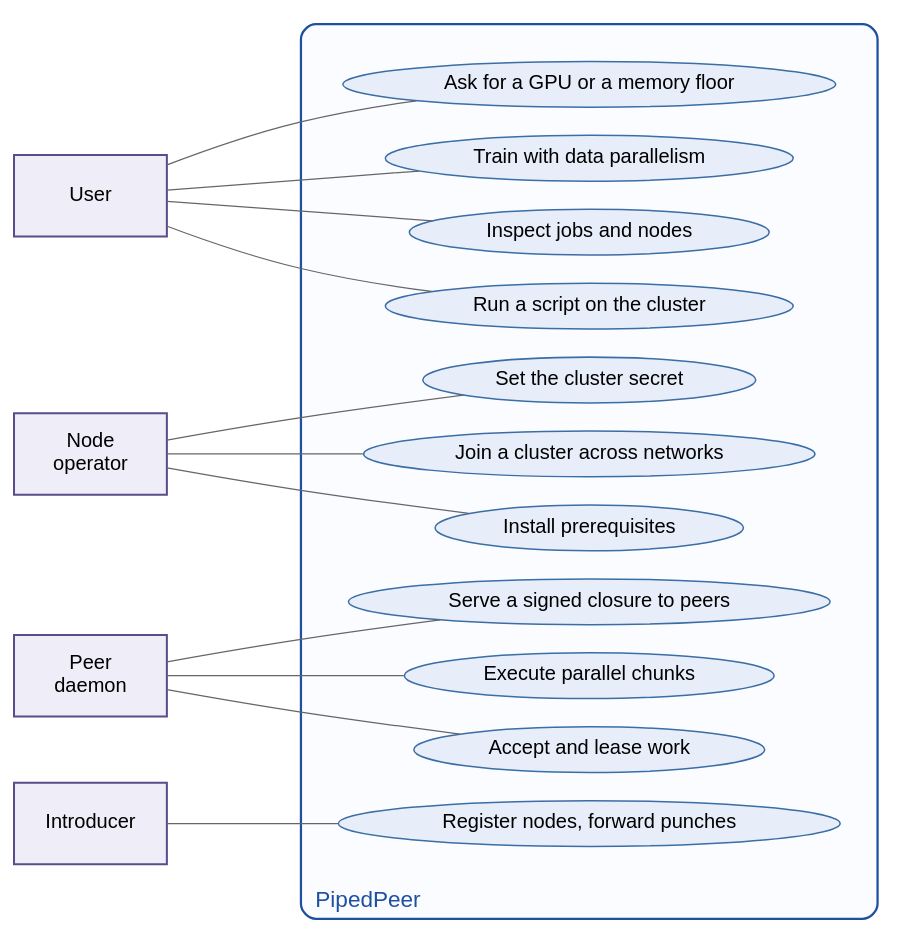
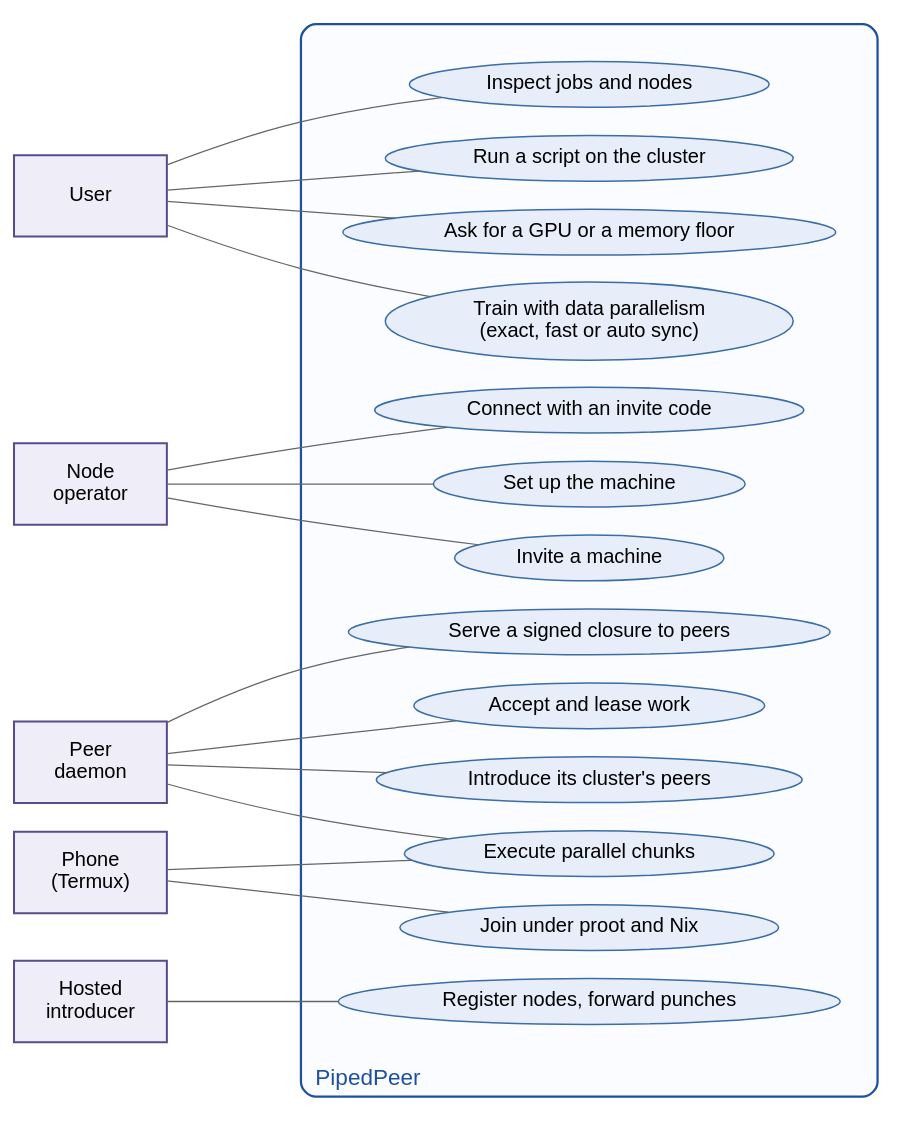
Before and after one commit to vinayakyadav2709/Pipedpeer: the diagram in docs/diagrams/src/fig_3.4_use_case.dot, drawn with Graphviz. The commit also changed 28 other files, not shown here.

```diff
--- a/docs/diagrams/src/fig_3.4_use_case.dot
+++ b/docs/diagrams/src/fig_3.4_use_case.dot
@@ -1,39 +1,43 @@
 // Figure 3.4 - Use case diagram.
 // The system-boundary label sits at the bottom: at the top an association line
 // from the User ran straight through it.
 digraph UseCase {
   rankdir=LR; bgcolor="white"; nodesep=0.30; ranksep=1.9;
   node [fontname="Helvetica", fontsize=16];
   edge [fontname="Helvetica", fontsize=14, color="#666666", arrowhead=none];
 
   node [shape=box, style=filled, fillcolor="#efedf7", color="#5b4b8a", penwidth=1.6,
         width=1.7, height=0.9];
   user  [label="User"];
   admin [label="Node\noperator"];
   peer  [label="Peer\ndaemon"];
-  intro [label="Introducer"];
+  phone [label="Phone\n(Termux)"];
+  intro [label="Hosted\nintroducer"];
 
   subgraph cluster_sys {
     label="PipedPeer"; labelloc=b; labeljust=l; fontsize=18; fontname="Helvetica";
     style="rounded"; color="#1e50a0"; penwidth=1.8; bgcolor="#fbfcff"; fontcolor="#1e50a0";
     margin="30,26";
     node [shape=ellipse, style=filled, fillcolor="#e7eefa", color="#3b6ea5",
           penwidth=1.2, width=0, height=0];
     u1 [label="Run a script on the cluster"];
     u2 [label="Ask for a GPU or a memory floor"];
-    u3 [label="Train with data parallelism"];
+    u3 [label="Train with data parallelism\n(exact, fast or auto sync)"];
     u4 [label="Inspect jobs and nodes"];
     u5 [label="Accept and lease work"];
+    u12 [label="Introduce its cluster's peers"];
     u6 [label="Serve a signed closure to peers"];
     u7 [label="Execute parallel chunks"];
-    u8 [label="Install prerequisites"];
-    u9 [label="Set the cluster secret"];
-    u10 [label="Join a cluster across networks"];
+    u13 [label="Join under proot and Nix"];
+    u8 [label="Set up the machine"];
+    u9 [label="Invite a machine"];
+    u10 [label="Connect with an invite code"];
     u11 [label="Register nodes, forward punches"];
   }
 
   user -> u1; user -> u2; user -> u3; user -> u4;
   admin -> u8; admin -> u9; admin -> u10;
-  peer -> u5; peer -> u6; peer -> u7;
+  peer -> u5; peer -> u6; peer -> u7; peer -> u12;
+  phone -> u7; phone -> u13;
   intro -> u11;
 }
```
